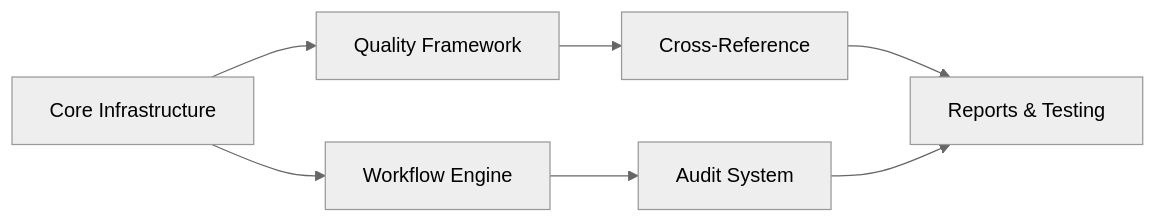
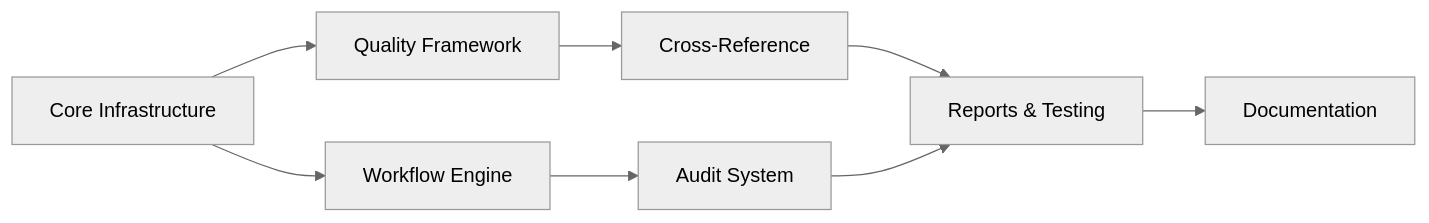
The diagram in specs/modules/analysis/well-data-verification/tasks.md (vamseeachanta/worldenergydata), drawn with Mermaid (neutral theme) before and after one commit. The commit also changed other lines of this file and 24 other files, not shown here.

````diff
--- a/specs/modules/analysis/well-data-verification/tasks.md
+++ b/specs/modules/analysis/well-data-verification/tasks.md
@@ -108,9 +122,10 @@
 ```mermaid
 graph LR
     T1[Core Infrastructure] --> T2[Workflow Engine]
     T1 --> T3[Quality Framework]
     T3 --> T4[Cross-Reference]
     T2 --> T5[Audit System]
     T4 --> T6[Reports & Testing]
     T5 --> T6
+    T6 --> T7[Documentation]
 ```
````
